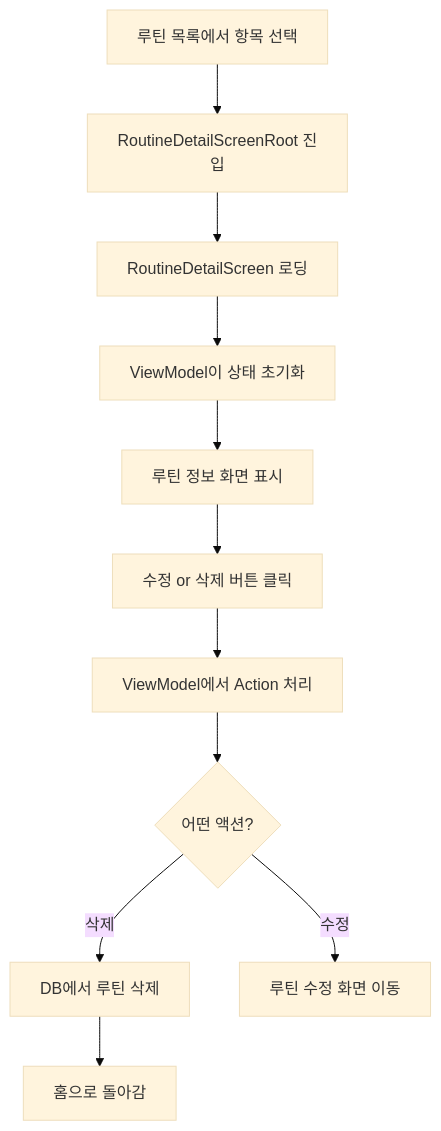
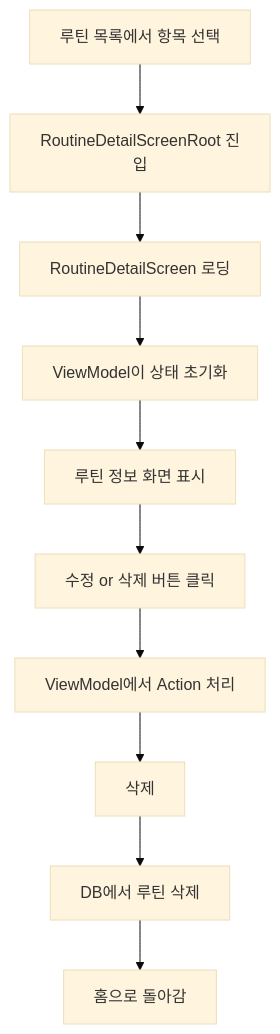
Before and after one commit to YunFlutter/remindme_app: the diagram in code_interpretation/routine_detail.md, drawn with Mermaid (base theme).

````diff
--- a/code_interpretation/routine_detail.md
+++ b/code_interpretation/routine_detail.md
@@ -10,13 +10,11 @@
 ```mermaid
 flowchart TD
     A[루틴 목록에서 항목 선택] --> B[RoutineDetailScreenRoot 진입]
     B --> C[RoutineDetailScreen 로딩]
     C --> D[ViewModel이 상태 초기화]
     D --> E[루틴 정보 화면 표시]
     E --> F[수정 or 삭제 버튼 클릭]
     F --> G[ViewModel에서 Action 처리]
-    G --> H{어떤 액션?}
-    H -- 삭제 --> I[DB에서 루틴 삭제]
-    H -- 수정 --> J[루틴 수정 화면 이동]
+    G --> 삭제 --> I[DB에서 루틴 삭제]
     I --> K[홈으로 돌아감]
 ```
````
